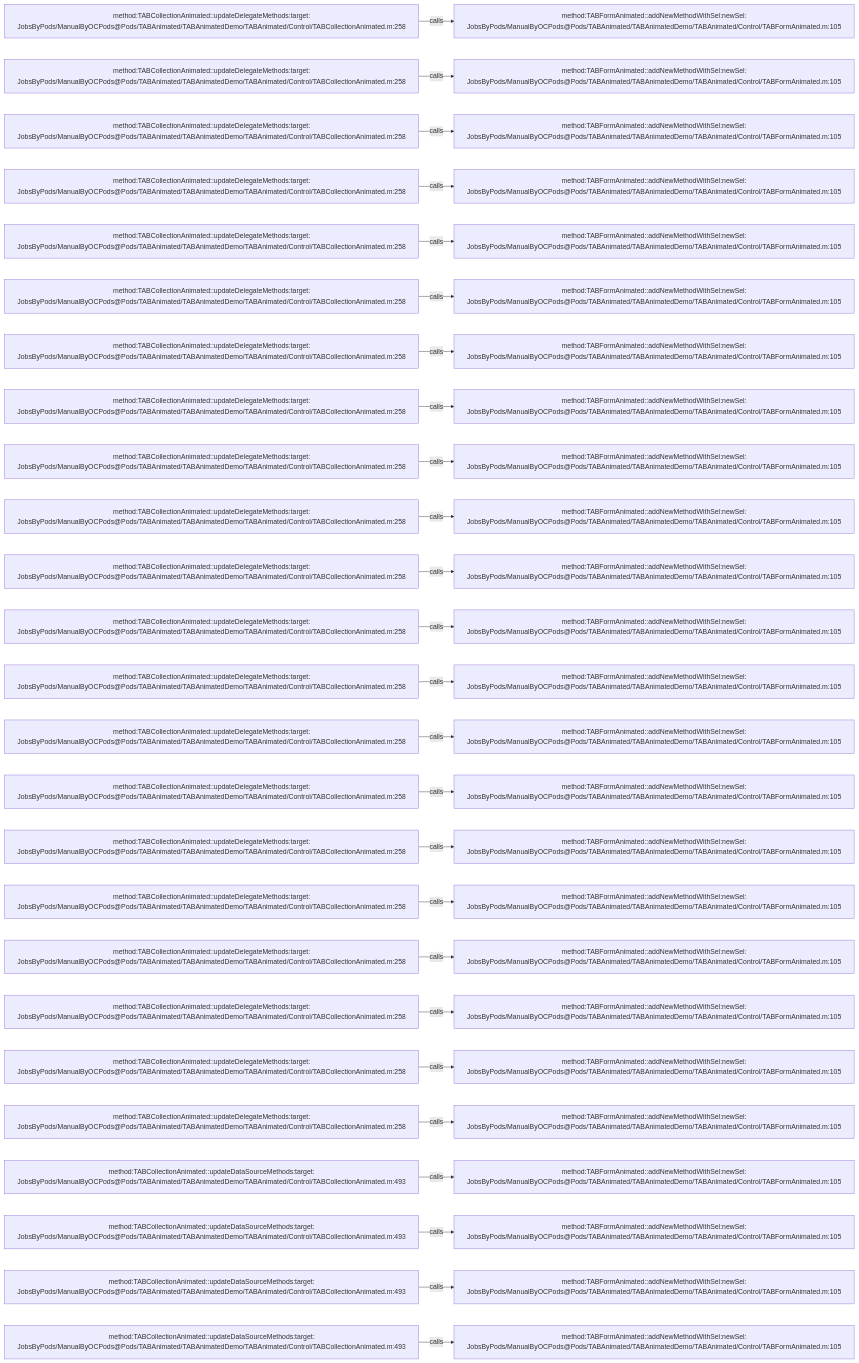
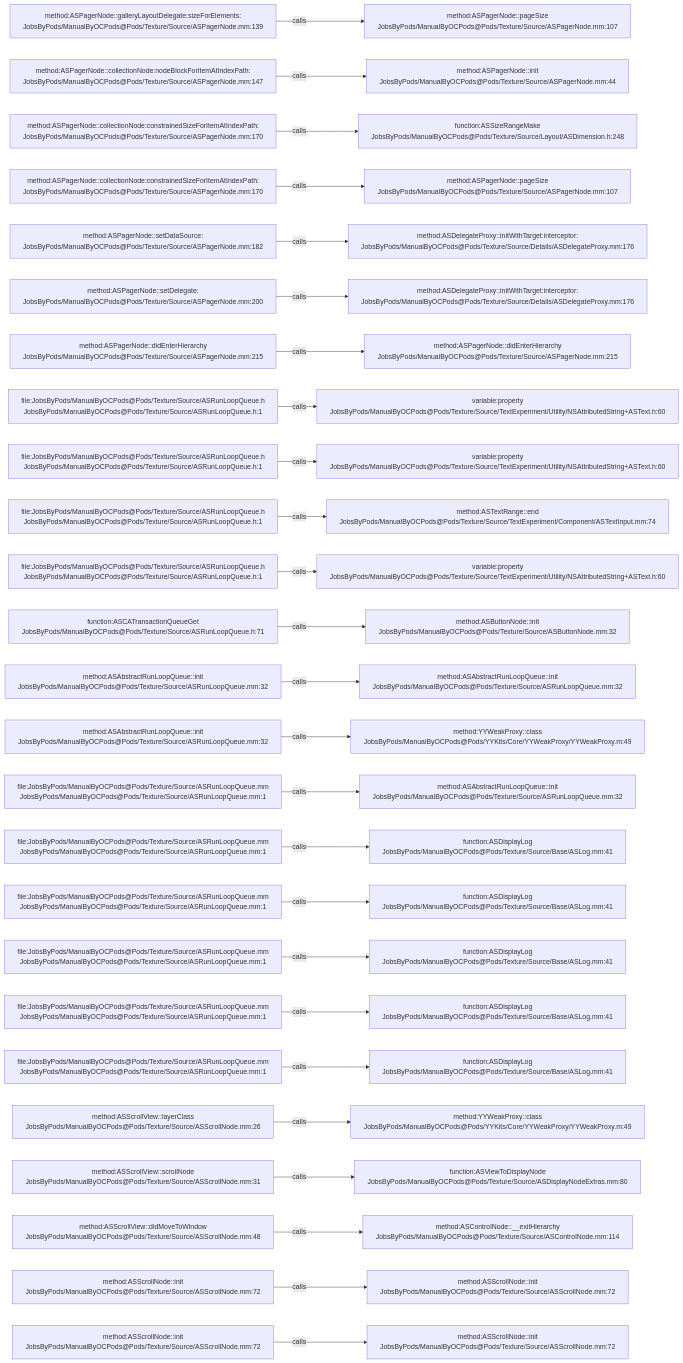
Before and after one commit to JobsKits/JobsOCBaseConfigDemo: the diagram in .codegraph/codegraph.md/graphs/calls-128.md, drawn with Mermaid. The commit also changed 2162 other files, not shown here.

````diff
--- a/.codegraph/codegraph.md/graphs/calls-128.md
+++ b/.codegraph/codegraph.md/graphs/calls-128.md
@@ -13,78 +13,78 @@
 ```mermaid
 flowchart LR
-  S1["method:TABCollectionAnimated::updateDelegateMethods:target:<br/>JobsByPods/ManualByOCPods@Pods/TABAnimated/TABAnimatedDemo/TABAnimated/Control/TABCollectionAnimated.m:258"]
-  T1["method:TABFormAnimated::addNewMethodWithSel:newSel:<br/>JobsByPods/ManualByOCPods@Pods/TABAnimated/TABAnimatedDemo/TABAnimated/Control/TABFormAnimated.m:105"]
+  S1["method:ASPagerNode::galleryLayoutDelegate:sizeForElements:<br/>JobsByPods/ManualByOCPods@Pods/Texture/Source/ASPagerNode.mm:139"]
+  T1["method:ASPagerNode::pageSize<br/>JobsByPods/ManualByOCPods@Pods/Texture/Source/ASPagerNode.mm:107"]
   S1 -->|calls| T1
-  S2["method:TABCollectionAnimated::updateDelegateMethods:target:<br/>JobsByPods/ManualByOCPods@Pods/TABAnimated/TABAnimatedDemo/TABAnimated/Control/TABCollectionAnimated.m:258"]
-  T2["method:TABFormAnimated::addNewMethodWithSel:newSel:<br/>JobsByPods/ManualByOCPods@Pods/TABAnimated/TABAnimatedDemo/TABAnimated/Control/TABFormAnimated.m:105"]
+  S2["method:ASPagerNode::collectionNode:nodeBlockForItemAtIndexPath:<br/>JobsByPods/ManualByOCPods@Pods/Texture/Source/ASPagerNode.mm:147"]
+  T2["method:ASPagerNode::init<br/>JobsByPods/ManualByOCPods@Pods/Texture/Source/ASPagerNode.mm:44"]
   S2 -->|calls| T2
-  S3["method:TABCollectionAnimated::updateDelegateMethods:target:<br/>JobsByPods/ManualByOCPods@Pods/TABAnimated/TABAnimatedDemo/TABAnimated/Control/TABCollectionAnimated.m:258"]
-  T3["method:TABFormAnimated::addNewMethodWithSel:newSel:<br/>JobsByPods/ManualByOCPods@Pods/TABAnimated/TABAnimatedDemo/TABAnimated/Control/TABFormAnimated.m:105"]
+  S3["method:ASPagerNode::collectionNode:constrainedSizeForItemAtIndexPath:<br/>JobsByPods/ManualByOCPods@Pods/Texture/Source/ASPagerNode.mm:170"]
+  T3["function:ASSizeRangeMake<br/>JobsByPods/ManualByOCPods@Pods/Texture/Source/Layout/ASDimension.h:248"]
   S3 -->|calls| T3
-  S4["method:TABCollectionAnimated::updateDelegateMethods:target:<br/>JobsByPods/ManualByOCPods@Pods/TABAnimated/TABAnimatedDemo/TABAnimated/Control/TABCollectionAnimated.m:258"]
-  T4["method:TABFormAnimated::addNewMethodWithSel:newSel:<br/>JobsByPods/ManualByOCPods@Pods/TABAnimated/TABAnimatedDemo/TABAnimated/Control/TABFormAnimated.m:105"]
+  S4["method:ASPagerNode::collectionNode:constrainedSizeForItemAtIndexPath:<br/>JobsByPods/ManualByOCPods@Pods/Texture/Source/ASPagerNode.mm:170"]
+  T4["method:ASPagerNode::pageSize<br/>JobsByPods/ManualByOCPods@Pods/Texture/Source/ASPagerNode.mm:107"]
   S4 -->|calls| T4
-  S5["method:TABCollectionAnimated::updateDelegateMethods:target:<br/>JobsByPods/ManualByOCPods@Pods/TABAnimated/TABAnimatedDemo/TABAnimated/Control/TABCollectionAnimated.m:258"]
-  T5["method:TABFormAnimated::addNewMethodWithSel:newSel:<br/>JobsByPods/ManualByOCPods@Pods/TABAnimated/TABAnimatedDemo/TABAnimated/Control/TABFormAnimated.m:105"]
+  S5["method:ASPagerNode::setDataSource:<br/>JobsByPods/ManualByOCPods@Pods/Texture/Source/ASPagerNode.mm:182"]
+  T5["method:ASDelegateProxy::initWithTarget:interceptor:<br/>JobsByPods/ManualByOCPods@Pods/Texture/Source/Details/ASDelegateProxy.mm:176"]
   S5 -->|calls| T5
-  S6["method:TABCollectionAnimated::updateDelegateMethods:target:<br/>JobsByPods/ManualByOCPods@Pods/TABAnimated/TABAnimatedDemo/TABAnimated/Control/TABCollectionAnimated.m:258"]
-  T6["method:TABFormAnimated::addNewMethodWithSel:newSel:<br/>JobsByPods/ManualByOCPods@Pods/TABAnimated/TABAnimatedDemo/TABAnimated/Control/TABFormAnimated.m:105"]
+  S6["method:ASPagerNode::setDelegate:<br/>JobsByPods/ManualByOCPods@Pods/Texture/Source/ASPagerNode.mm:200"]
+  T6["method:ASDelegateProxy::initWithTarget:interceptor:<br/>JobsByPods/ManualByOCPods@Pods/Texture/Source/Details/ASDelegateProxy.mm:176"]
   S6 -->|calls| T6
-  S7["method:TABCollectionAnimated::updateDelegateMethods:target:<br/>JobsByPods/ManualByOCPods@Pods/TABAnimated/TABAnimatedDemo/TABAnimated/Control/TABCollectionAnimated.m:258"]
-  T7["method:TABFormAnimated::addNewMethodWithSel:newSel:<br/>JobsByPods/ManualByOCPods@Pods/TABAnimated/TABAnimatedDemo/TABAnimated/Control/TABFormAnimated.m:105"]
+  S7["method:ASPagerNode::didEnterHierarchy<br/>JobsByPods/ManualByOCPods@Pods/Texture/Source/ASPagerNode.mm:215"]
+  T7["method:ASPagerNode::didEnterHierarchy<br/>JobsByPods/ManualByOCPods@Pods/Texture/Source/ASPagerNode.mm:215"]
   S7 -->|calls| T7
-  S8["method:TABCollectionAnimated::updateDelegateMethods:target:<br/>JobsByPods/ManualByOCPods@Pods/TABAnimated/TABAnimatedDemo/TABAnimated/Control/TABCollectionAnimated.m:258"]
-  T8["method:TABFormAnimated::addNewMethodWithSel:newSel:<br/>JobsByPods/ManualByOCPods@Pods/TABAnimated/TABAnimatedDemo/TABAnimated/Control/TABFormAnimated.m:105"]
+  S8["file:JobsByPods/ManualByOCPods@Pods/Texture/Source/ASRunLoopQueue.h<br/>JobsByPods/ManualByOCPods@Pods/Texture/Source/ASRunLoopQueue.h:1"]
+  T8["variable:property<br/>JobsByPods/ManualByOCPods@Pods/Texture/Source/TextExperiment/Utility/NSAttributedString+ASText.h:60"]
   S8 -->|calls| T8
-  S9["method:TABCollectionAnimated::updateDelegateMethods:target:<br/>JobsByPods/ManualByOCPods@Pods/TABAnimated/TABAnimatedDemo/TABAnimated/Control/TABCollectionAnimated.m:258"]
-  T9["method:TABFormAnimated::addNewMethodWithSel:newSel:<br/>JobsByPods/ManualByOCPods@Pods/TABAnimated/TABAnimatedDemo/TABAnimated/Control/TABFormAnimated.m:105"]
+  S9["file:JobsByPods/ManualByOCPods@Pods/Texture/Source/ASRunLoopQueue.h<br/>JobsByPods/ManualByOCPods@Pods/Texture/Source/ASRunLoopQueue.h:1"]
+  T9["variable:property<br/>JobsByPods/ManualByOCPods@Pods/Texture/Source/TextExperiment/Utility/NSAttributedString+ASText.h:60"]
   S9 -->|calls| T9
-  S10["method:TABCollectionAnimated::updateDelegateMethods:target:<br/>JobsByPods/ManualByOCPods@Pods/TABAnimated/TABAnimatedDemo/TABAnimated/Control/TABCollectionAnimated.m:258"]
-  T10["method:TABFormAnimated::addNewMethodWithSel:newSel:<br/>JobsByPods/ManualByOCPods@Pods/TABAnimated/TABAnimatedDemo/TABAnimated/Control/TABFormAnimated.m:105"]
+  S10["file:JobsByPods/ManualByOCPods@Pods/Texture/Source/ASRunLoopQueue.h<br/>JobsByPods/ManualByOCPods@Pods/Texture/Source/ASRunLoopQueue.h:1"]
+  T10["method:ASTextRange::end<br/>JobsByPods/ManualByOCPods@Pods/Texture/Source/TextExperiment/Component/ASTextInput.mm:74"]
   S10 -->|calls| T10
-  S11["method:TABCollectionAnimated::updateDelegateMethods:target:<br/>JobsByPods/ManualByOCPods@Pods/TABAnimated/TABAnimatedDemo/TABAnimated/Control/TABCollectionAnimated.m:258"]
-  T11["method:TABFormAnimated::addNewMethodWithSel:newSel:<br/>JobsByPods/ManualByOCPods@Pods/TABAnimated/TABAnimatedDemo/TABAnimated/Control/TABFormAnimated.m:105"]
+  S11["file:JobsByPods/ManualByOCPods@Pods/Texture/Source/ASRunLoopQueue.h<br/>JobsByPods/ManualByOCPods@Pods/Texture/Source/ASRunLoopQueue.h:1"]
+  T11["variable:property<br/>JobsByPods/ManualByOCPods@Pods/Texture/Source/TextExperiment/Utility/NSAttributedString+ASText.h:60"]
   S11 -->|calls| T11
-  S12["method:TABCollectionAnimated::updateDelegateMethods:target:<br/>JobsByPods/ManualByOCPods@Pods/TABAnimated/TABAnimatedDemo/TABAnimated/Control/TABCollectionAnimated.m:258"]
-  T12["method:TABFormAnimated::addNewMethodWithSel:newSel:<br/>JobsByPods/ManualByOCPods@Pods/TABAnimated/TABAnimatedDemo/TABAnimated/Control/TABFormAnimated.m:105"]
+  S12["function:ASCATransactionQueueGet<br/>JobsByPods/ManualByOCPods@Pods/Texture/Source/ASRunLoopQueue.h:71"]
+  T12["method:ASButtonNode::init<br/>JobsByPods/ManualByOCPods@Pods/Texture/Source/ASButtonNode.mm:32"]
   S12 -->|calls| T12
-  S13["method:TABCollectionAnimated::updateDelegateMethods:target:<br/>JobsByPods/ManualByOCPods@Pods/TABAnimated/TABAnimatedDemo/TABAnimated/Control/TABCollectionAnimated.m:258"]
-  T13["method:TABFormAnimated::addNewMethodWithSel:newSel:<br/>JobsByPods/ManualByOCPods@Pods/TABAnimated/TABAnimatedDemo/TABAnimated/Control/TABFormAnimated.m:105"]
+  S13["method:ASAbstractRunLoopQueue::init<br/>JobsByPods/ManualByOCPods@Pods/Texture/Source/ASRunLoopQueue.mm:32"]
+  T13["method:ASAbstractRunLoopQueue::init<br/>JobsByPods/ManualByOCPods@Pods/Texture/Source/ASRunLoopQueue.mm:32"]
   S13 -->|calls| T13
-  S14["method:TABCollectionAnimated::updateDelegateMethods:target:<br/>JobsByPods/ManualByOCPods@Pods/TABAnimated/TABAnimatedDemo/TABAnimated/Control/TABCollectionAnimated.m:258"]
-  T14["method:TABFormAnimated::addNewMethodWithSel:newSel:<br/>JobsByPods/ManualByOCPods@Pods/TABAnimated/TABAnimatedDemo/TABAnimated/Control/TABFormAnimated.m:105"]
+  S14["method:ASAbstractRunLoopQueue::init<br/>JobsByPods/ManualByOCPods@Pods/Texture/Source/ASRunLoopQueue.mm:32"]
+  T14["method:YYWeakProxy::class<br/>JobsByPods/ManualByOCPods@Pods/YYKits/Core/YYWeakProxy/YYWeakProxy.m:49"]
   S14 -->|calls| T14
-  S15["method:TABCollectionAnimated::updateDelegateMethods:target:<br/>JobsByPods/ManualByOCPods@Pods/TABAnimated/TABAnimatedDemo/TABAnimated/Control/TABCollectionAnimated.m:258"]
-  T15["method:TABFormAnimated::addNewMethodWithSel:newSel:<br/>JobsByPods/ManualByOCPods@Pods/TABAnimated/TABAnimatedDemo/TABAnimated/Control/TABFormAnimated.m:105"]
+  S15["file:JobsByPods/ManualByOCPods@Pods/Texture/Source/ASRunLoopQueue.mm<br/>JobsByPods/ManualByOCPods@Pods/Texture/Source/ASRunLoopQueue.mm:1"]
+  T15["method:ASAbstractRunLoopQueue::init<br/>JobsByPods/ManualByOCPods@Pods/Texture/Source/ASRunLoopQueue.mm:32"]
   S15 -->|calls| T15
-  S16["method:TABCollectionAnimated::updateDelegateMethods:target:<br/>JobsByPods/ManualByOCPods@Pods/TABAnimated/TABAnimatedDemo/TABAnimated/Control/TABCollectionAnimated.m:258"]
-  T16["method:TABFormAnimated::addNewMethodWithSel:newSel:<br/>JobsByPods/ManualByOCPods@Pods/TABAnimated/TABAnimatedDemo/TABAnimated/Control/TABFormAnimated.m:105"]
+  S16["file:JobsByPods/ManualByOCPods@Pods/Texture/Source/ASRunLoopQueue.mm<br/>JobsByPods/ManualByOCPods@Pods/Texture/Source/ASRunLoopQueue.mm:1"]
+  T16["function:ASDisplayLog<br/>JobsByPods/ManualByOCPods@Pods/Texture/Source/Base/ASLog.mm:41"]
   S16 -->|calls| T16
-  S17["method:TABCollectionAnimated::updateDelegateMethods:target:<br/>JobsByPods/ManualByOCPods@Pods/TABAnimated/TABAnimatedDemo/TABAnimated/Control/TABCollectionAnimated.m:258"]
-  T17["method:TABFormAnimated::addNewMethodWithSel:newSel:<br/>JobsByPods/ManualByOCPods@Pods/TABAnimated/TABAnimatedDemo/TABAnimated/Control/TABFormAnimated.m:105"]
+  S17["file:JobsByPods/ManualByOCPods@Pods/Texture/Source/ASRunLoopQueue.mm<br/>JobsByPods/ManualByOCPods@Pods/Texture/Source/ASRunLoopQueue.mm:1"]
+  T17["function:ASDisplayLog<br/>JobsByPods/ManualByOCPods@Pods/Texture/Source/Base/ASLog.mm:41"]
   S17 -->|calls| T17
-  S18["method:TABCollectionAnimated::updateDelegateMethods:target:<br/>JobsByPods/ManualByOCPods@Pods/TABAnimated/TABAnimatedDemo/TABAnimated/Control/TABCollectionAnimated.m:258"]
-  T18["method:TABFormAnimated::addNewMethodWithSel:newSel:<br/>JobsByPods/ManualByOCPods@Pods/TABAnimated/TABAnimatedDemo/TABAnimated/Control/TABFormAnimated.m:105"]
+  S18["file:JobsByPods/ManualByOCPods@Pods/Texture/Source/ASRunLoopQueue.mm<br/>JobsByPods/ManualByOCPods@Pods/Texture/Source/ASRunLoopQueue.mm:1"]
+  T18["function:ASDisplayLog<br/>JobsByPods/ManualByOCPods@Pods/Texture/Source/Base/ASLog.mm:41"]
   S18 -->|calls| T18
-  S19["method:TABCollectionAnimated::updateDelegateMethods:target:<br/>JobsByPods/ManualByOCPods@Pods/TABAnimated/TABAnimatedDemo/TABAnimated/Control/TABCollectionAnimated.m:258"]
-  T19["method:TABFormAnimated::addNewMethodWithSel:newSel:<br/>JobsByPods/ManualByOCPods@Pods/TABAnimated/TABAnimatedDemo/TABAnimated/Control/TABFormAnimated.m:105"]
+  S19["file:JobsByPods/ManualByOCPods@Pods/Texture/Source/ASRunLoopQueue.mm<br/>JobsByPods/ManualByOCPods@Pods/Texture/Source/ASRunLoopQueue.mm:1"]
+  T19["function:ASDisplayLog<br/>JobsByPods/ManualByOCPods@Pods/Texture/Source/Base/ASLog.mm:41"]
   S19 -->|calls| T19
-  S20["method:TABCollectionAnimated::updateDelegateMethods:target:<br/>JobsByPods/ManualByOCPods@Pods/TABAnimated/TABAnimatedDemo/TABAnimated/Control/TABCollectionAnimated.m:258"]
-  T20["method:TABFormAnimated::addNewMethodWithSel:newSel:<br/>JobsByPods/ManualByOCPods@Pods/TABAnimated/TABAnimatedDemo/TABAnimated/Control/TABFormAnimated.m:105"]
+  S20["file:JobsByPods/ManualByOCPods@Pods/Texture/Source/ASRunLoopQueue.mm<br/>JobsByPods/ManualByOCPods@Pods/Texture/Source/ASRunLoopQueue.mm:1"]
+  T20["function:ASDisplayLog<br/>JobsByPods/ManualByOCPods@Pods/Texture/Source/Base/ASLog.mm:41"]
   S20 -->|calls| T20
-  S21["method:TABCollectionAnimated::updateDelegateMethods:target:<br/>JobsByPods/ManualByOCPods@Pods/TABAnimated/TABAnimatedDemo/TABAnimated/Control/TABCollectionAnimated.m:258"]
-  T21["method:TABFormAnimated::addNewMethodWithSel:newSel:<br/>JobsByPods/ManualByOCPods@Pods/TABAnimated/TABAnimatedDemo/TABAnimated/Control/TABFormAnimated.m:105"]
+  S21["method:ASScrollView::layerClass<br/>JobsByPods/ManualByOCPods@Pods/Texture/Source/ASScrollNode.mm:26"]
+  T21["method:YYWeakProxy::class<br/>JobsByPods/ManualByOCPods@Pods/YYKits/Core/YYWeakProxy/YYWeakProxy.m:49"]
   S21 -->|calls| T21
-  S22["method:TABCollectionAnimated::updateDataSourceMethods:target:<br/>JobsByPods/ManualByOCPods@Pods/TABAnimated/TABAnimatedDemo/TABAnimated/Control/TABCollectionAnimated.m:493"]
-  T22["method:TABFormAnimated::addNewMethodWithSel:newSel:<br/>JobsByPods/ManualByOCPods@Pods/TABAnimated/TABAnimatedDemo/TABAnimated/Control/TABFormAnimated.m:105"]
+  S22["method:ASScrollView::scrollNode<br/>JobsByPods/ManualByOCPods@Pods/Texture/Source/ASScrollNode.mm:31"]
+  T22["function:ASViewToDisplayNode<br/>JobsByPods/ManualByOCPods@Pods/Texture/Source/ASDisplayNodeExtras.mm:80"]
   S22 -->|calls| T22
-  S23["method:TABCollectionAnimated::updateDataSourceMethods:target:<br/>JobsByPods/ManualByOCPods@Pods/TABAnimated/TABAnimatedDemo/TABAnimated/Control/TABCollectionAnimated.m:493"]
-  T23["method:TABFormAnimated::addNewMethodWithSel:newSel:<br/>JobsByPods/ManualByOCPods@Pods/TABAnimated/TABAnimatedDemo/TABAnimated/Control/TABFormAnimated.m:105"]
+  S23["method:ASScrollView::didMoveToWindow<br/>JobsByPods/ManualByOCPods@Pods/Texture/Source/ASScrollNode.mm:48"]
+  T23["method:ASControlNode::__exitHierarchy<br/>JobsByPods/ManualByOCPods@Pods/Texture/Source/ASControlNode.mm:114"]
   S23 -->|calls| T23
-  S24["method:TABCollectionAnimated::updateDataSourceMethods:target:<br/>JobsByPods/ManualByOCPods@Pods/TABAnimated/TABAnimatedDemo/TABAnimated/Control/TABCollectionAnimated.m:493"]
-  T24["method:TABFormAnimated::addNewMethodWithSel:newSel:<br/>JobsByPods/ManualByOCPods@Pods/TABAnimated/TABAnimatedDemo/TABAnimated/Control/TABFormAnimated.m:105"]
+  S24["method:ASScrollNode::init<br/>JobsByPods/ManualByOCPods@Pods/Texture/Source/ASScrollNode.mm:72"]
+  T24["method:ASScrollNode::init<br/>JobsByPods/ManualByOCPods@Pods/Texture/Source/ASScrollNode.mm:72"]
   S24 -->|calls| T24
-  S25["method:TABCollectionAnimated::updateDataSourceMethods:target:<br/>JobsByPods/ManualByOCPods@Pods/TABAnimated/TABAnimatedDemo/TABAnimated/Control/TABCollectionAnimated.m:493"]
-  T25["method:TABFormAnimated::addNewMethodWithSel:newSel:<br/>JobsByPods/ManualByOCPods@Pods/TABAnimated/TABAnimatedDemo/TABAnimated/Control/TABFormAnimated.m:105"]
+  S25["method:ASScrollNode::init<br/>JobsByPods/ManualByOCPods@Pods/Texture/Source/ASScrollNode.mm:72"]
+  T25["method:ASScrollNode::init<br/>JobsByPods/ManualByOCPods@Pods/Texture/Source/ASScrollNode.mm:72"]
   S25 -->|calls| T25
 ```
````
